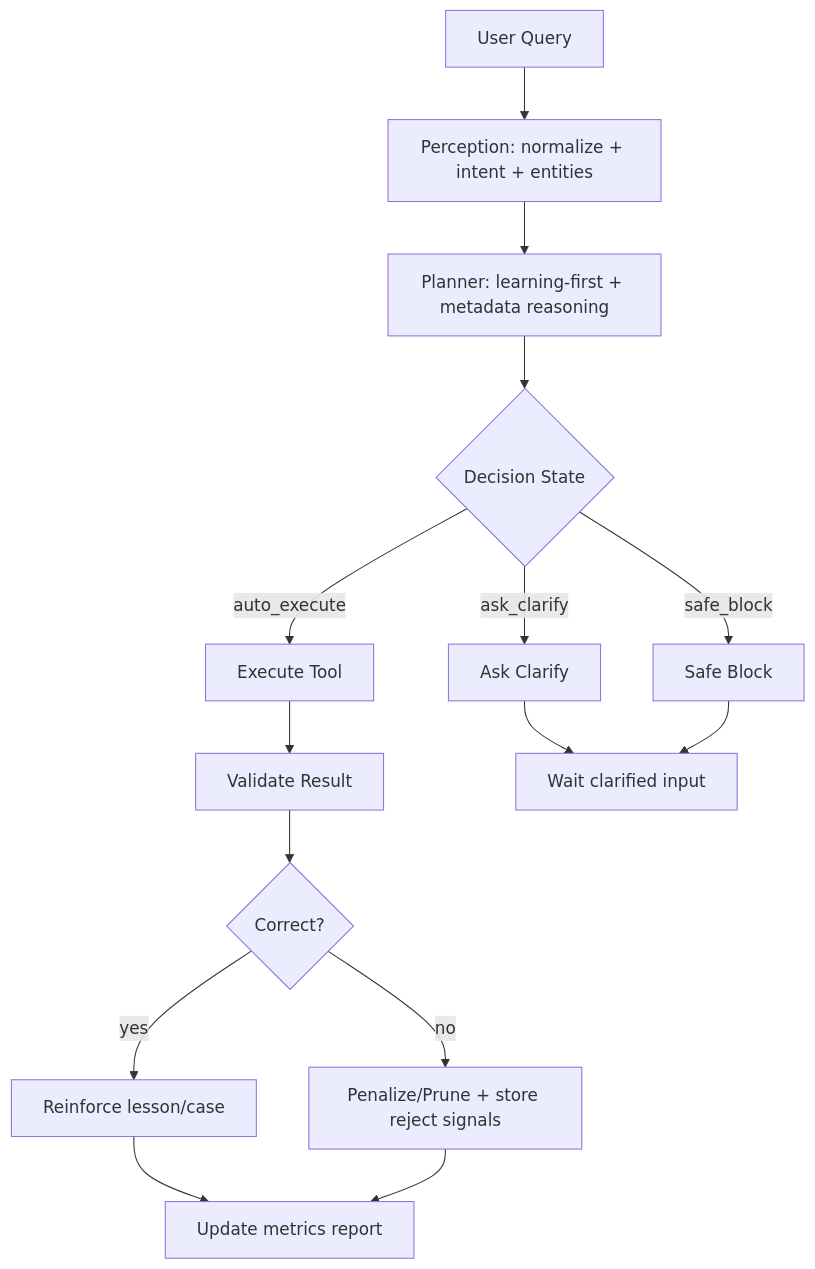
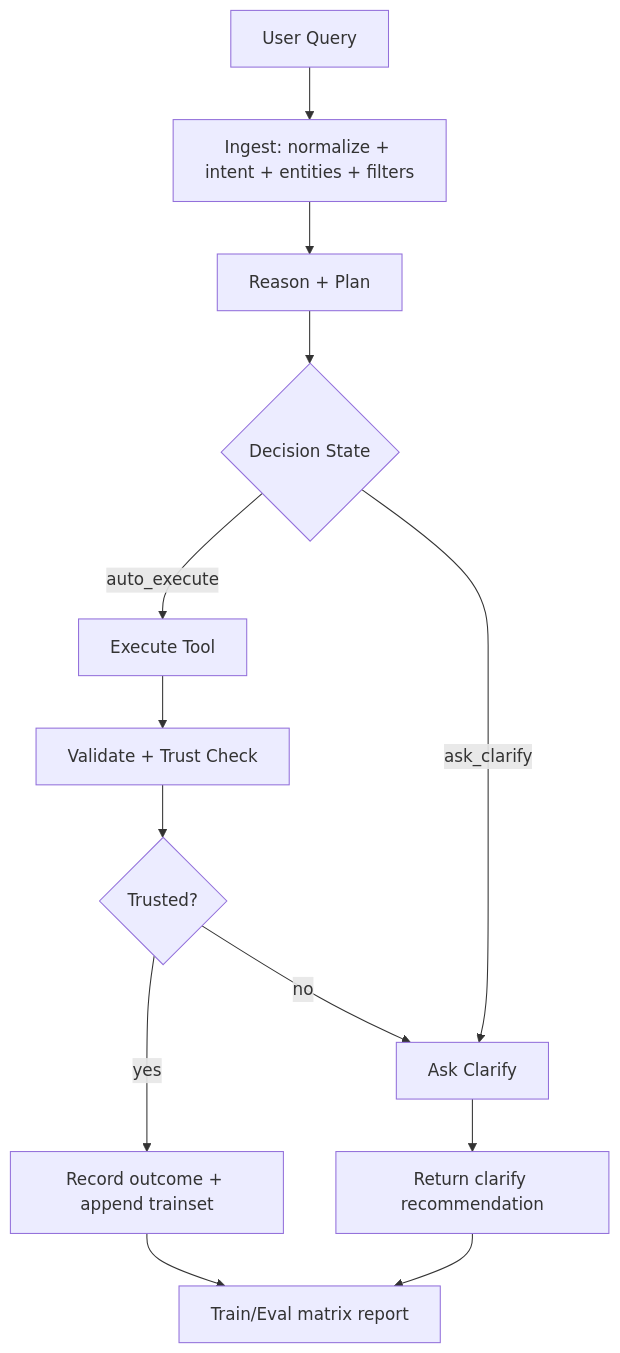
Before and after one commit to phunhph/agentic_ai: the second of 2 diagrams in README.md, drawn with Mermaid. The commit also changed other lines of this file and 34 other files, not shown here.

````diff
--- a/README.md
+++ b/README.md
@@ -34,17 +34,15 @@
 ```mermaid
 graph TD
-    UQ[User Query] --> P1[Perception: normalize + intent + entities]
-    P1 --> P2[Planner: learning-first + metadata reasoning]
+    UQ[User Query] --> P1[Ingest: normalize + intent + entities + filters]
+    P1 --> P2[Reason + Plan]
     P2 --> D{Decision State}
     D -->|auto_execute| X1[Execute Tool]
     D -->|ask_clarify| X2[Ask Clarify]
-    D -->|safe_block| X3[Safe Block]
-    X1 --> V[Validate Result]
-    V --> C{Correct?}
-    C -->|yes| L1[Reinforce lesson/case]
-    C -->|no| L2[Penalize/Prune + store reject signals]
-    X2 --> L3[Wait clarified input]
-    X3 --> L3
-    L1 --> R[Update metrics report]
+    X1 --> V[Validate + Trust Check]
+    V --> C{Trusted?}
+    C -->|yes| L1[Record outcome + append trainset]
+    C -->|no| X2
+    X2 --> L2[Return clarify recommendation]
+    L1 --> R[Train/Eval matrix report]
     L2 --> R
 ```
````
